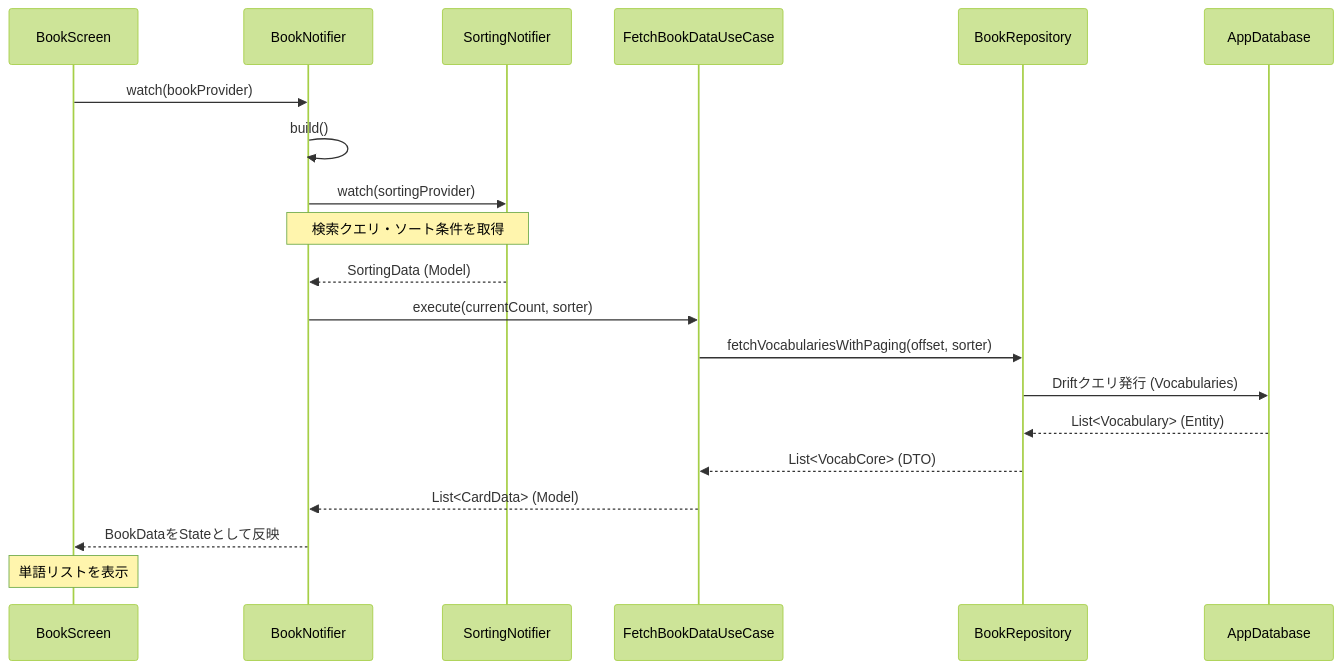
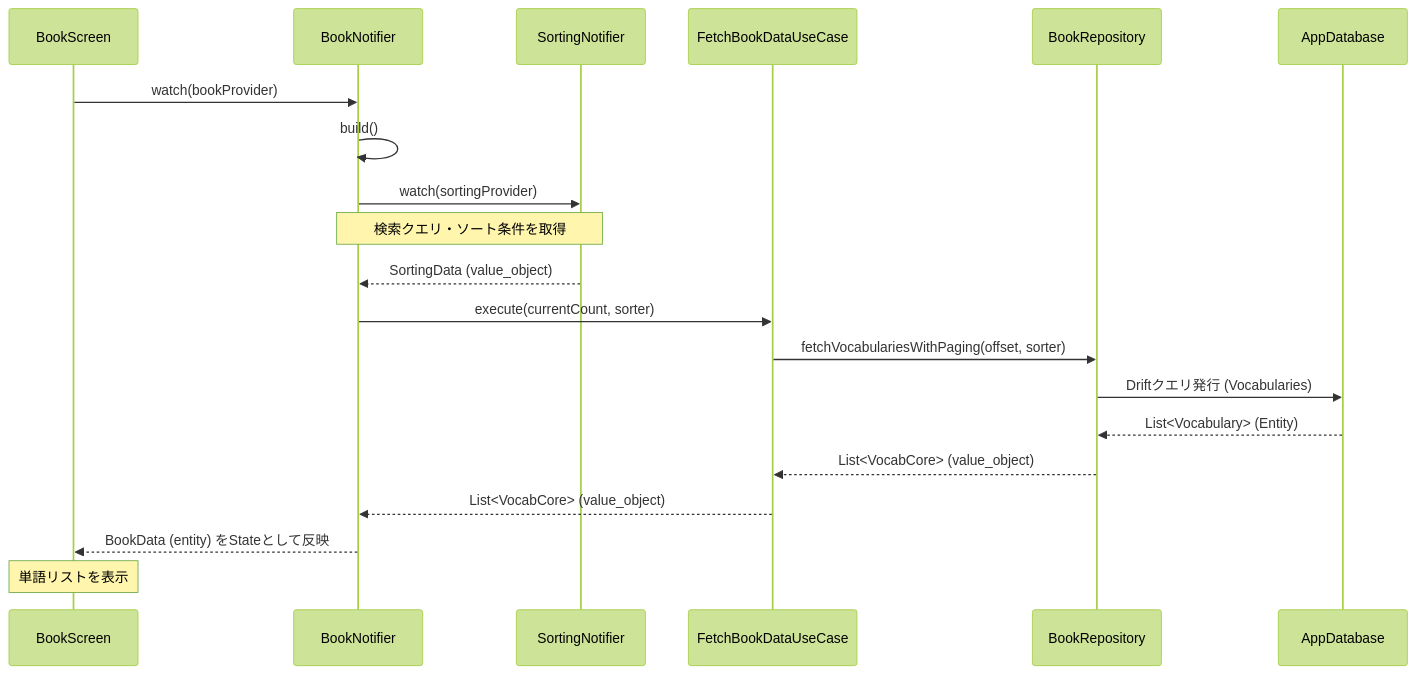
The first of 2 diagrams in docs/人間向け技術資料.md (kokke1302/edb), drawn with Mermaid (forest theme) before and after one commit. The commit also changed other lines of this file and 54 other files, not shown here.

````diff
--- a/docs/人間向け技術資料.md
+++ b/docs/人間向け技術資料.md
@@ -370,23 +374,23 @@
 ```mermaid
 sequenceDiagram
     participant UI as BookScreen
     participant VM as BookNotifier
     participant SVM as SortingNotifier
     participant UC as FetchBookDataUseCase
     participant Repo as BookRepository
     participant DB as AppDatabase
 
     UI->>VM: watch(bookProvider)
     VM->>VM: build()
     VM->>SVM: watch(sortingProvider)
     Note over VM,SVM: 検索クエリ・ソート条件を取得
-    SVM-->>VM: SortingData (Model)
+    SVM-->>VM: SortingData (value_object)
     VM->>UC: execute(currentCount, sorter)
     UC->>Repo: fetchVocabulariesWithPaging(offset, sorter)
     Repo->>DB: Driftクエリ発行 (Vocabularies)
     DB-->>Repo: List<Vocabulary> (Entity)
-    Repo-->>UC: List<VocabCore> (DTO)
-    UC-->>VM: List<CardData> (Model)
-    VM-->>UI: BookDataをStateとして反映
+    Repo-->>UC: List<VocabCore> (value_object)
+    UC-->>VM: List<VocabCore> (value_object)
+    VM-->>UI: BookData (entity) をStateとして反映
     Note over UI: 単語リストを表示
 ```
````
